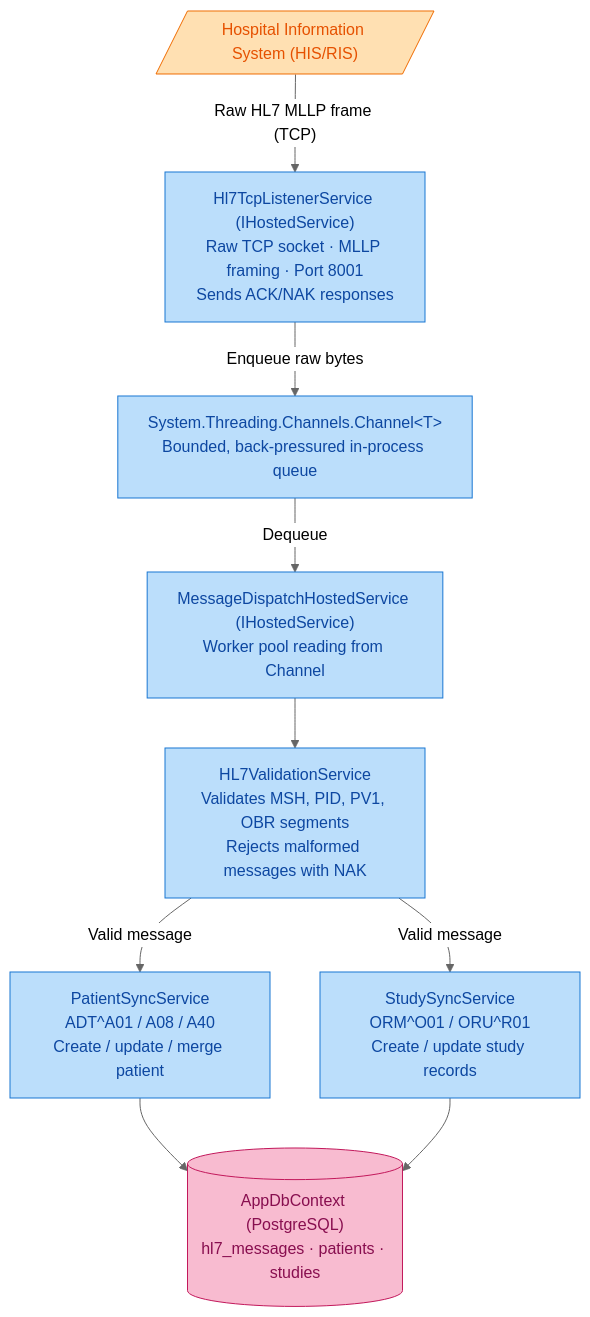
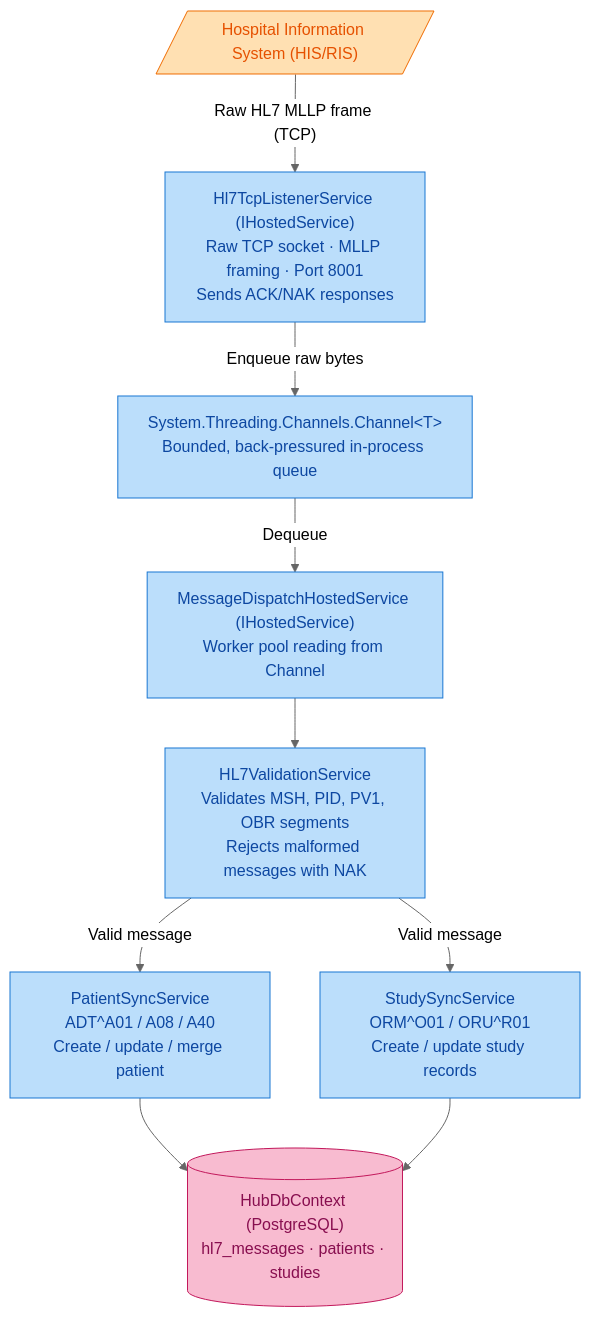
The second of 4 diagrams in EdgeGuard.Platform/docs/03-architecture/hub-overview.md (UrielAvilaC/EdgeGuard.Platform), drawn with Mermaid (neutral theme) before and after one commit. The commit also changed other lines of this file and 63 other files, not shown here.

````diff
--- a/EdgeGuard.Platform/docs/03-architecture/hub-overview.md
+++ b/EdgeGuard.Platform/docs/03-architecture/hub-overview.md
@@ -56,27 +56,27 @@
 ```mermaid
 flowchart TB
     HIS[/"Hospital Information System (HIS/RIS)"/]
     LISTENER["Hl7TcpListenerService (IHostedService)<br/>Raw TCP socket · MLLP framing · Port 8001<br/>Sends ACK/NAK responses"]
     CHANNEL["System.Threading.Channels.Channel&lt;T&gt;<br/>Bounded, back-pressured in-process queue"]
     DISPATCH["MessageDispatchHostedService (IHostedService)<br/>Worker pool reading from Channel"]
     VALIDATE["HL7ValidationService<br/>Validates MSH, PID, PV1, OBR segments<br/>Rejects malformed messages with NAK"]
     PATIENT["PatientSyncService<br/>ADT^A01 / A08 / A40<br/>Create / update / merge patient"]
     STUDY["StudySyncService<br/>ORM^O01 / ORU^R01<br/>Create / update study records"]
-    DB[("AppDbContext (PostgreSQL)<br/>hl7_messages · patients · studies")]
+    DB[("HubDbContext (PostgreSQL)<br/>hl7_messages · patients · studies")]
 
     HIS -- "Raw HL7 MLLP frame (TCP)" --> LISTENER
     LISTENER -- "Enqueue raw bytes" --> CHANNEL
     CHANNEL -- "Dequeue" --> DISPATCH
     DISPATCH --> VALIDATE
     VALIDATE -- "Valid message" --> PATIENT
     VALIDATE -- "Valid message" --> STUDY
     PATIENT --> DB
     STUDY --> DB
 
     classDef external fill:#ffe0b2,stroke:#ef6c00,color:#e65100
     classDef hub fill:#bbdefb,stroke:#1976d2,color:#0d47a1
     classDef db fill:#f8bbd0,stroke:#c2185b,color:#880e4f
     class HIS external
     class LISTENER,CHANNEL,DISPATCH,VALIDATE,PATIENT,STUDY hub
     class DB db
 ```
````
